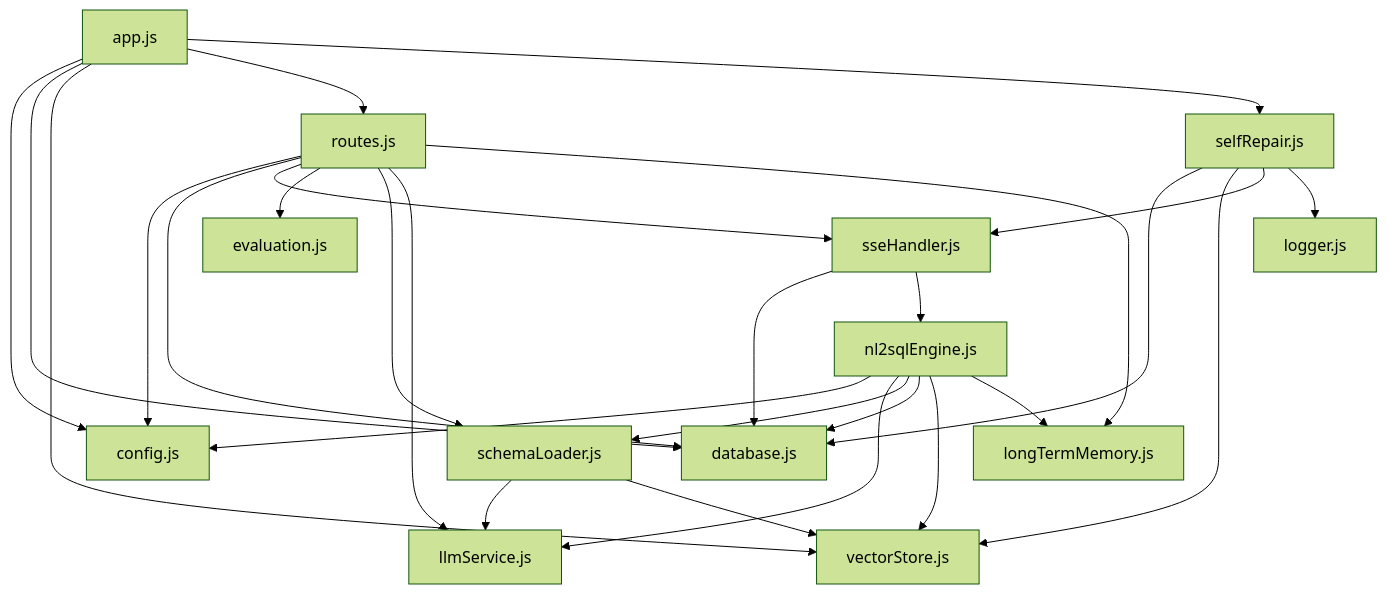
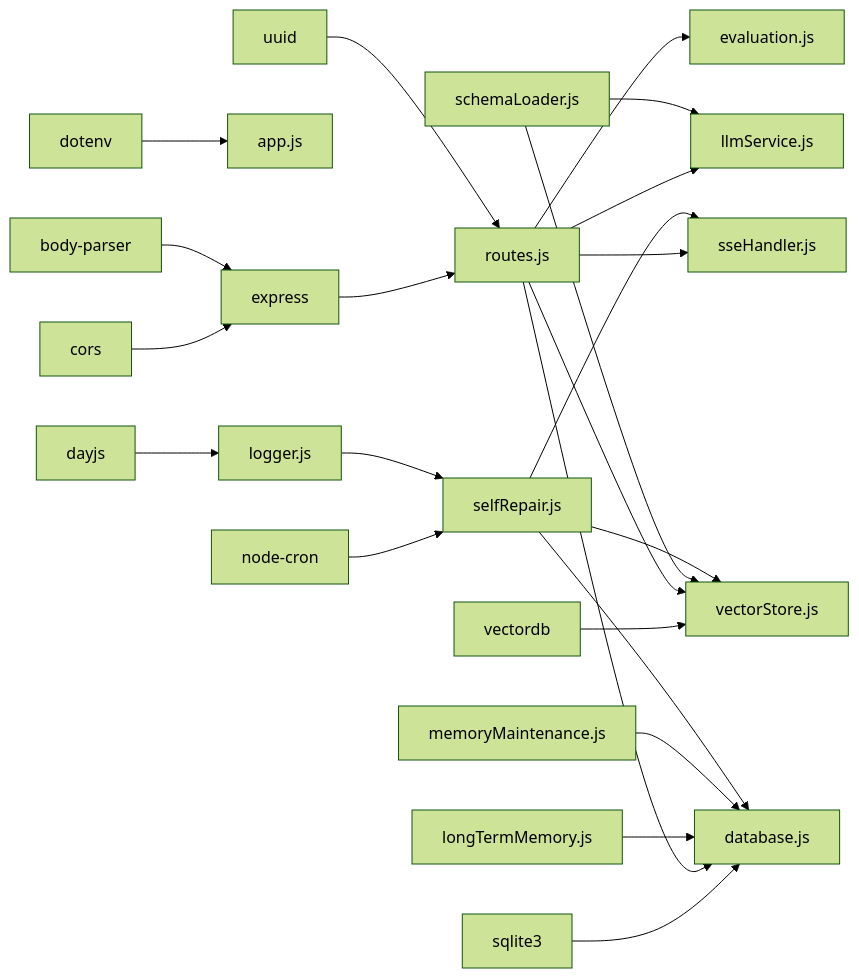
The sixth of 6 diagrams in NL2SQL/.qoder/repowiki/zh/content/系统架构/后端架构/后端架构.md (HanHuiOnLine/724-office), drawn with Mermaid (forest theme) before and after one commit. The commit also changed other lines of this file and 170 other files, not shown here.

````diff
--- a/NL2SQL/.qoder/repowiki/zh/content/系统架构/后端架构/后端架构.md
+++ b/NL2SQL/.qoder/repowiki/zh/content/系统架构/后端架构/后端架构.md
@@ -312,29 +410,25 @@
 ```mermaid
-graph TB
-APP["app.js"] --> CFG["config.js"]
-APP --> DB["database.js"]
-APP --> VEC["vectorStore.js"]
-APP --> ROUTES["routes.js"]
-APP --> SELF["selfRepair.js"]
-ROUTES --> CFG
-ROUTES --> DB
-ROUTES --> SSE["sseHandler.js"]
-ROUTES --> EVAL["evaluation.js"]
-ROUTES --> SCHEMA["schemaLoader.js"]
-ROUTES --> LLM["llmService.js"]
-ROUTES --> LTM["longTermMemory.js"]
-NLENG["nl2sqlEngine.js"] --> CFG
-NLENG --> LLM
-NLENG --> SCHEMA
-NLENG --> DB
-NLENG --> VEC
-NLENG --> LTM
-SCHEMA --> LLM
-SCHEMA --> VEC
-SSE --> DB
-SSE --> NLENG
-SELF --> DB
-SELF --> VEC
-SELF --> SSE
-SELF --> LOG["logger.js"]
+graph LR
+Express["express"] --> Routes["routes.js"]
+Cors["cors"] --> Express
+BodyParser["body-parser"] --> Express
+VectorDB["vectordb"] --> VectorStore["vectorStore.js"]
+Sqlite3["sqlite3"] --> Database["database.js"]
+Dotenv["dotenv"] --> App["app.js"]
+NodeCron["node-cron"] --> SelfRepair["selfRepair.js"]
+UUID["uuid"] --> Routes
+DayJS["dayjs"] --> Logger["logger.js"]
+Routes --> Database
+Routes --> VectorStore
+Routes --> LLM["llmService.js"]
+Routes --> SSE["sseHandler.js"]
+Routes --> Eval["evaluation.js"]
+SchemaLoader["schemaLoader.js"] --> LLM
+SchemaLoader --> VectorStore
+LongTermMemory["longTermMemory.js"] --> Database
+MemoryMaintenance["memoryMaintenance.js"] --> Database
+SelfRepair --> Database
+SelfRepair --> VectorStore
+SelfRepair --> SSE
+Logger --> SelfRepair
 ```
````
